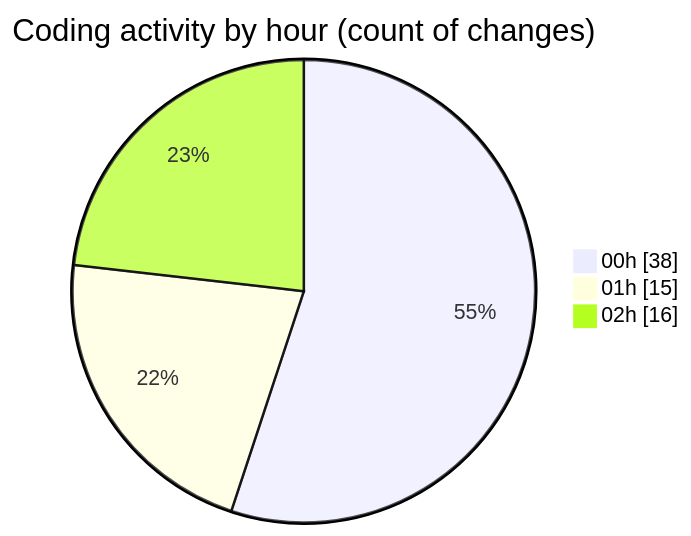
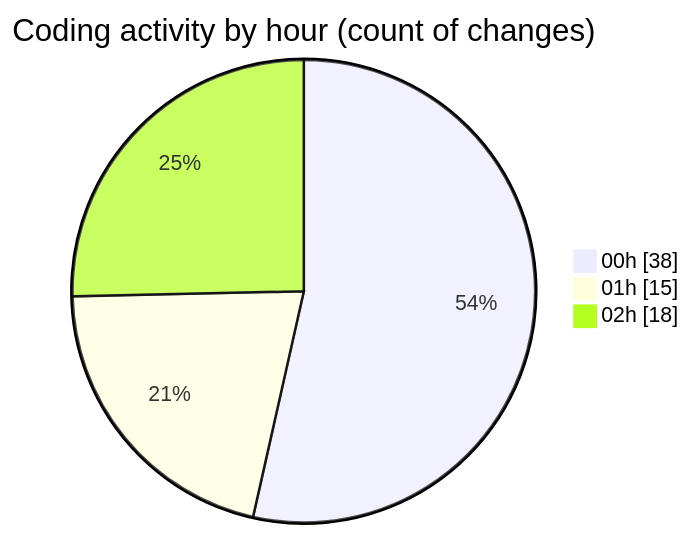
Before and after one commit to donsfak/code-tracking: the second of 2 diagrams in 2025-03-08/uber_clone/README.md, drawn with Mermaid. The commit also changed other lines of this file and 1 other file, not shown here.

````diff
--- a/2025-03-08/uber_clone/README.md
+++ b/2025-03-08/uber_clone/README.md
@@ -34,7 +34,7 @@
 ```mermaid
 pie showData
 title Coding activity by hour (count of changes)
 "00h" : 38
 "01h" : 15
-"02h" : 16
+"02h" : 18
 ```
````
